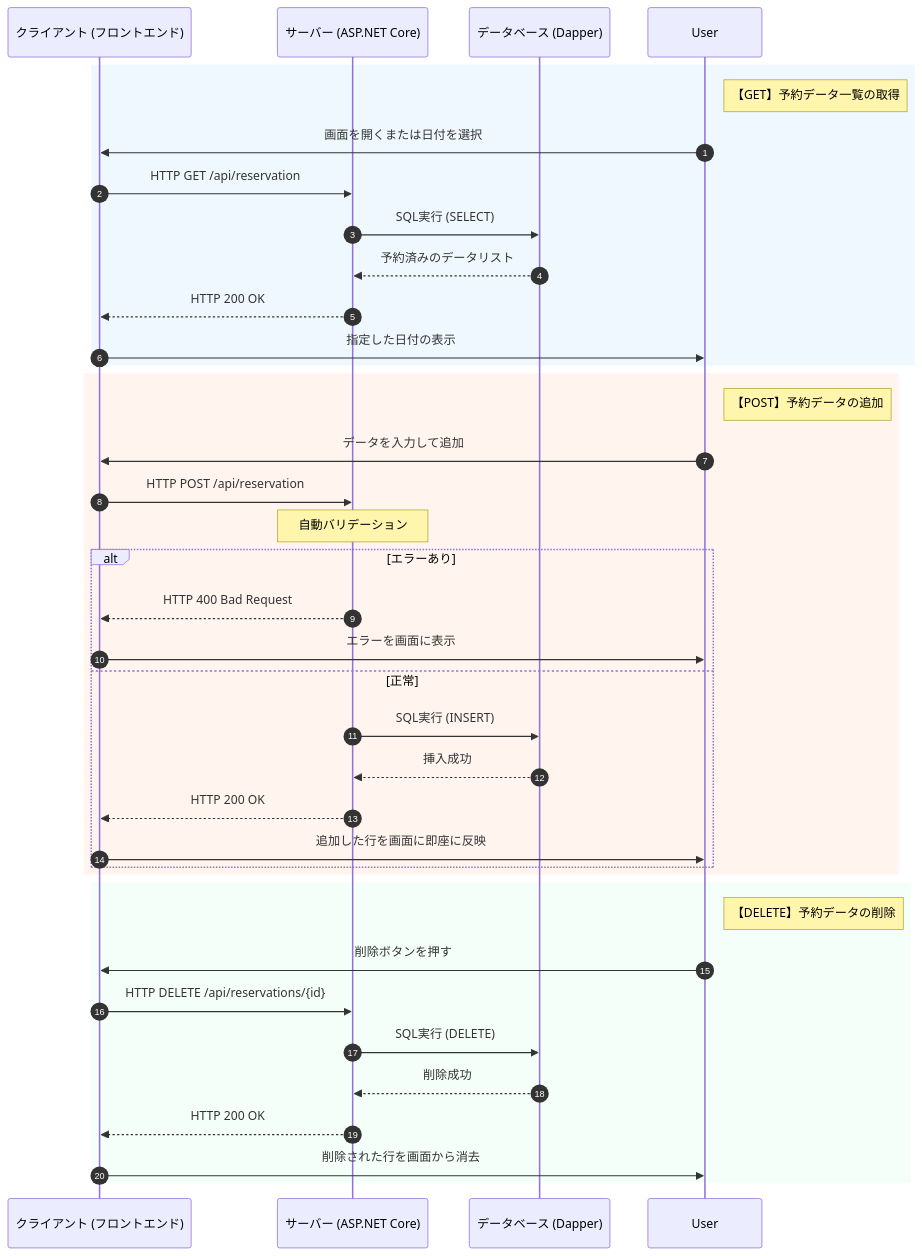
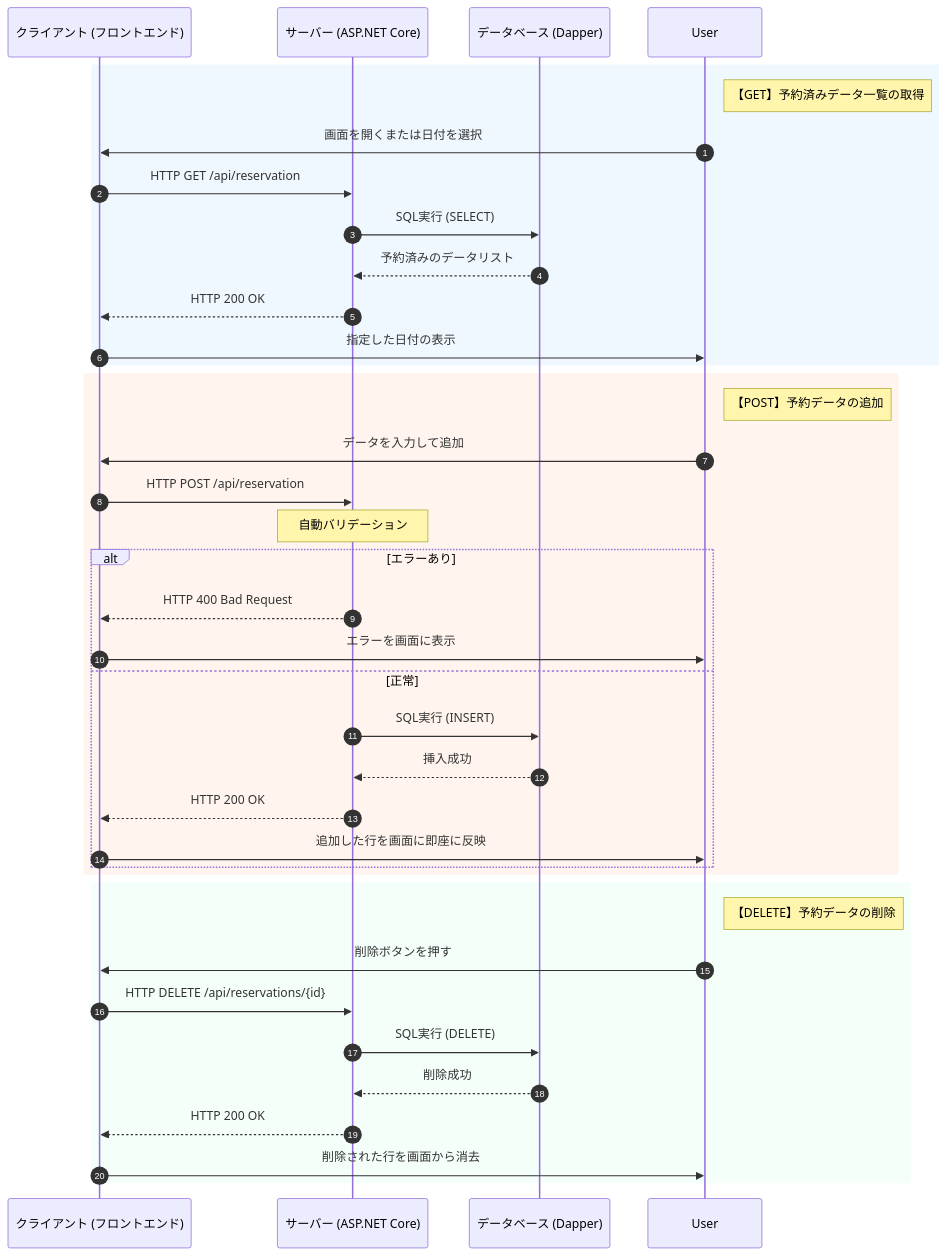
One commit to hosotanik/Term2Team4 changed the diagram in README.md. Above: the diagram before and after it, drawn with Mermaid.

````diff
--- a/README.md
+++ b/README.md
@@ -17,43 +17,43 @@
 ```mermaid
 sequenceDiagram
     autonumber
     participant Client as クライアント (フロントエンド)
     participant Server as サーバー (ASP.NET Core)
     participant DB as データベース (Dapper)
 
     rect rgb(240, 248, 255)
-        note right of User: 【GET】予約データ一覧の取得
+        note right of User: 【GET】予約済みデータ一覧の取得
         User->>Client: 画面を開くまたは日付を選択
         Client->>Server: HTTP GET /api/reservation
         Server->>DB: SQL実行 (SELECT)
         DB-->>Server: 予約済みのデータリスト
         Server-->>Client: HTTP 200 OK
         Client->>User: 指定した日付の表示
     end
 
     rect rgb(255, 245, 238)
         note right of User: 【POST】予約データの追加
         User->>Client: データを入力して追加
         Client->>Server: HTTP POST /api/reservation
         note over Server: 自動バリデーション
         alt エラーあり
             Server-->>Client: HTTP 400 Bad Request
             Client->>User: エラーを画面に表示
         else 正常
             Server->>DB: SQL実行 (INSERT)
             DB-->>Server: 挿入成功
             Server-->>Client: HTTP 200 OK
             Client->>User: 追加した行を画面に即座に反映
         end
     end
 
     rect rgb(245, 255, 250)
         note right of User: 【DELETE】予約データの削除
         User->>Client: 削除ボタンを押す
         Client->>Server: HTTP DELETE /api/reservations/{id}
         Server->>DB: SQL実行 (DELETE)
         DB-->>Server: 削除成功
         Server-->>Client: HTTP 200 OK
         Client->>User: 削除された行を画面から消去
     end
 ```
````
